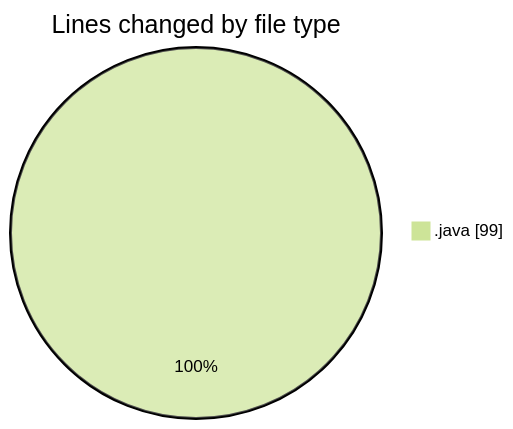
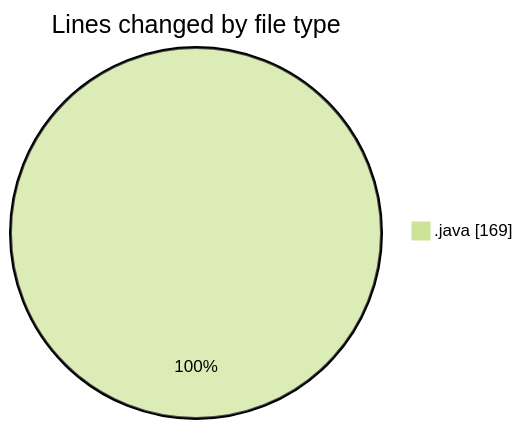
One commit to hasnaa123/code-tracking changed the first of 2 diagrams in 2026-05-23/java-avanc-e-et-uml/README.md. Above: the diagram before and after it, drawn with Mermaid (forest theme). The commit also changed other lines of this file and 1 other file, not shown here.

````diff
--- a/2026-05-23/java-avanc-e-et-uml/README.md
+++ b/2026-05-23/java-avanc-e-et-uml/README.md
@@ -21,5 +24,5 @@
 ```mermaid
 pie showData
 title Lines changed by file type
-".java" : 99
+".java" : 169
 ```
````
